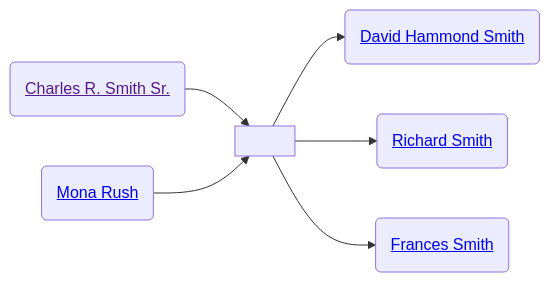
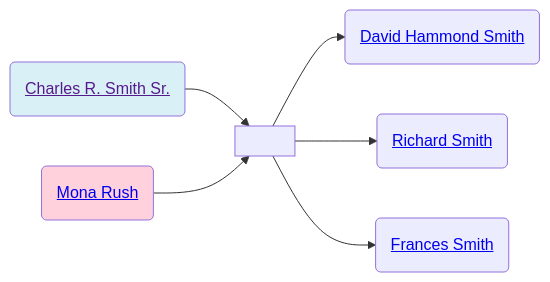
The diagram in familyhistory/sources/people/Smith-line/Charles_R._Smith_sr..qmd (neelsmith/avocational), drawn with Mermaid before and after one commit. The commit also changed 91 other files, not shown here.

Commit message:
Rebuild descendant diagrams

````diff
--- a/familyhistory/sources/people/Smith-line/Charles_R._Smith_sr..qmd
+++ b/familyhistory/sources/people/Smith-line/Charles_R._Smith_sr..qmd
@@ -30,13 +30,20 @@
 ```{mermaid}
 graph LR
+%% LR descendant diagram
 class Charles_R._Smith_Sr._and_Mona_Rush marriage
 Charles_R._Smith_Sr.(<a href=''>Charles R. Smith Sr.</>) --> Charles_R._Smith_Sr._and_Mona_Rush[ ]
 Mona_Rush(<a href='./../Rush-line/Mona_Rush.html'>Mona Rush</>) --> Charles_R._Smith_Sr._and_Mona_Rush(( ))
+class Charles_R._Smith_Sr. father
+class Mona_Rush mother
 Charles_R._Smith_Sr._and_Mona_Rush[ ] --> David_Hammond_Smith(<a href='./David_Hammond_Smith.html'>David Hammond Smith</>)
+class Charles_R._Smith_Sr. father
+class Mona_Rush mother
 Charles_R._Smith_Sr._and_Mona_Rush[ ] --> Richard_Smith(<a href='./Richard_Smith.html'>Richard Smith</>)
+class Charles_R._Smith_Sr. father
+class Mona_Rush mother
 Charles_R._Smith_Sr._and_Mona_Rush[ ] --> Frances_Smith(<a href='./Frances_Smith.html'>Frances Smith</>)
 classDef mother fill:#ffd1dc
 classDef father fill:#daf0f7  
 classDef marriage fill:#ffffff
 
 ```
````
